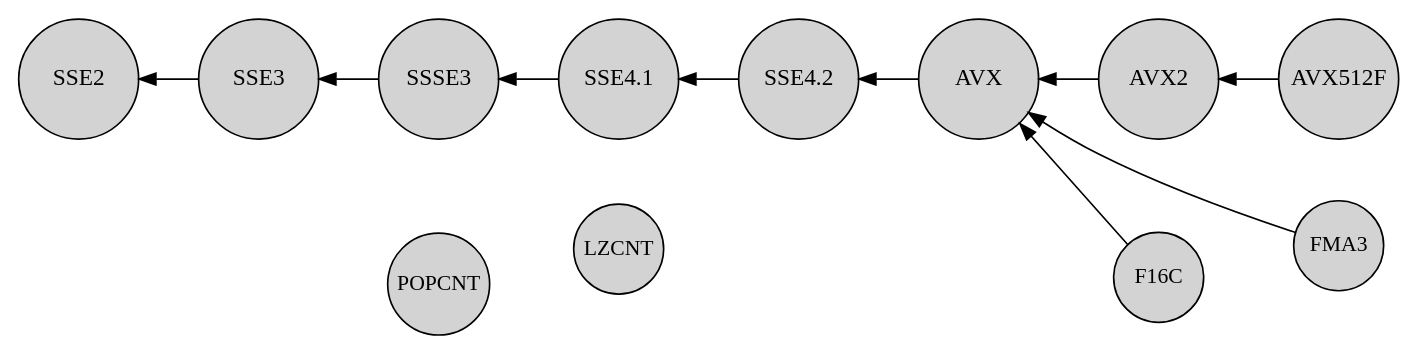
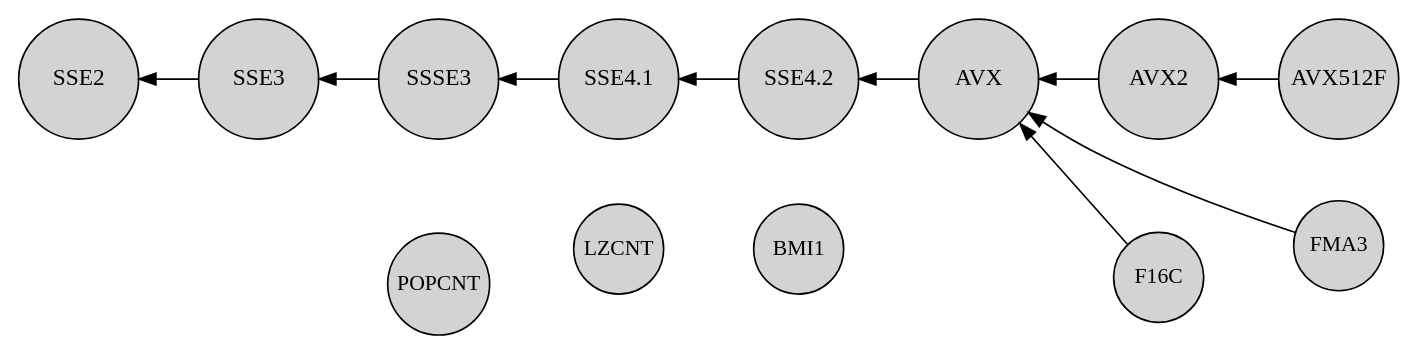
One commit to mosra/corrade changed the diagram in doc/cpu.dot. Above: the diagram before and after it, drawn with Graphviz. The commit also changed 7 other files, not shown here.

```diff
--- a/doc/cpu.dot
+++ b/doc/cpu.dot
@@ -1,56 +1,58 @@
 /*
     This file is part of Magnum.
 
     Copyright © 2010, 2011, 2012, 2013, 2014, 2015, 2016, 2017, 2018, 2019,
                 2020, 2021, 2022 Vladimír Vondruš <mosra@centrum.cz>
 
     Permission is hereby granted, free of charge, to any person obtaining a
     copy of this software and associated documentation files (the "Software"),
     to deal in the Software without restriction, including without limitation
     the rights to use, copy, modify, merge, publish, distribute, sublicense,
     and/or sell copies of the Software, and to permit persons to whom the
     Software is furnished to do so, subject to the following conditions:
 
     The above copyright notice and this permission notice shall be included
     in all copies or substantial portions of the Software.
 
     THE SOFTWARE IS PROVIDED "AS IS", WITHOUT WARRANTY OF ANY KIND, EXPRESS OR
     IMPLIED, INCLUDING BUT NOT LIMITED TO THE WARRANTIES OF MERCHANTABILITY,
     FITNESS FOR A PARTICULAR PURPOSE AND NONINFRINGEMENT. IN NO EVENT SHALL
     THE AUTHORS OR COPYRIGHT HOLDERS BE LIABLE FOR ANY CLAIM, DAMAGES OR OTHER
     LIABILITY, WHETHER IN AN ACTION OF CONTRACT, TORT OR OTHERWISE, ARISING
     FROM, OUT OF OR IN CONNECTION WITH THE SOFTWARE OR THE USE OR OTHER
     DEALINGS IN THE SOFTWARE.
 */
 
 digraph "x86 instruction family tree" {
     rankdir=RL
     ranksep=0.5
 
     node [shape=circle style=filled margin="0.01,0.01" width=1]
 
     SSE2 [class="m-success"]
     SSE3 [class="m-success"]
     SSSE3 [class="m-success"]
     SSE41 [class="m-success" label="SSE4.1"]
     SSE42 [class="m-success" label="SSE4.2"]
     AVX [class="m-success"]
     AVX2 [class="m-success"]
     AVX512F [class="m-success"]
 
     FMA3 [width=0.75 fontsize=13 class="m-primary"]
     F16C [width=0.75 fontsize=13 class="m-primary"]
     POPCNT [width=0.75 fontsize=13 margin="0,0" class="m-primary"]
     LZCNT [width=0.75 fontsize=13 class="m-primary"]
+    BMI1 [width=0.75 fontsize=13 class="m-primary"]
 
     POPCNT -> SSE3 [style=invis]
     LZCNT -> SSE3 [style=invis]
     LZCNT -> POPCNT [style=invis]
+    BMI1 -> LZCNT [style=invis]
 
     FMA3 -> AVX [class="m-primary"]
     F16C -> AVX [class="m-primary"]
 
     FMA3 -> F16C [style=invis]
 
     AVX512F -> AVX2 -> AVX -> SSE42 -> SSE41 -> SSSE3 -> SSE3 -> SSE2 [class="m-success" weight=100]
 }
```
